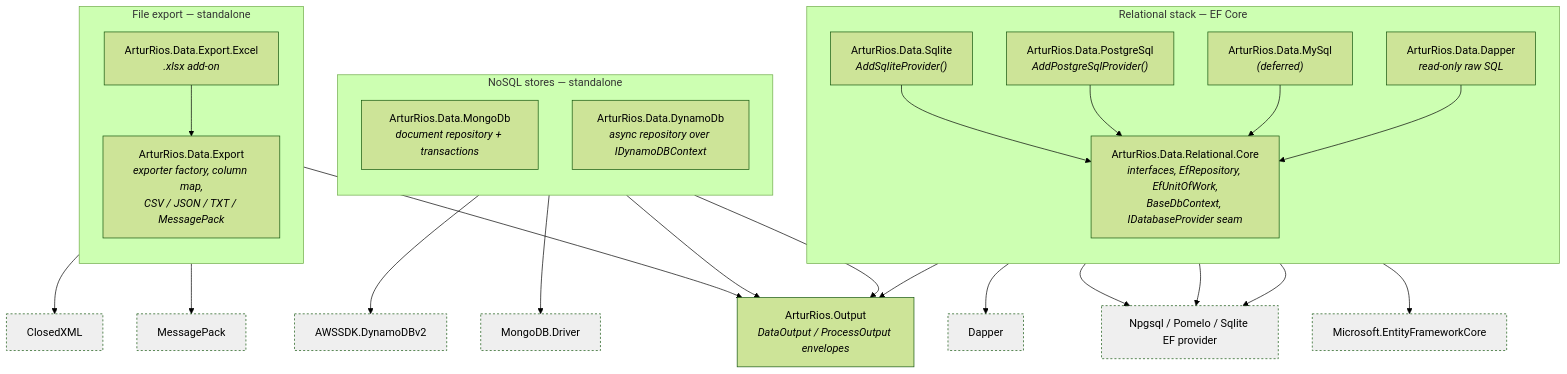
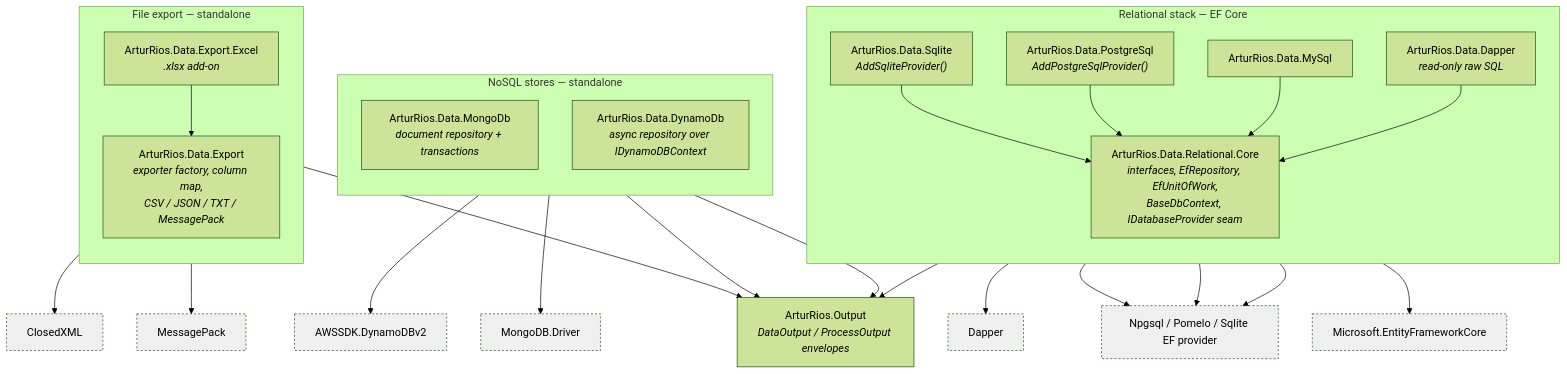
Before and after one commit to artur-rios/dotnet-data: the first of 7 diagrams in docs/content/en/docs/architecture.md, drawn with Mermaid (forest theme). The commit also changed 15 other files, not shown here.

````diff
--- a/docs/content/en/docs/architecture.md
+++ b/docs/content/en/docs/architecture.md
@@ -13,54 +13,54 @@
 ```mermaid
 flowchart TB
     Output["ArturRios.Output<br/><i>DataOutput / ProcessOutput envelopes</i>"]
 
     subgraph Relational["Relational stack — EF Core"]
         direction TB
         Core["ArturRios.Data.Relational.Core<br/><i>interfaces, EfRepository, EfUnitOfWork,<br/>BaseDbContext, IDatabaseProvider seam</i>"]
         Sqlite["ArturRios.Data.Sqlite<br/><i>AddSqliteProvider()</i>"]
         Postgres["ArturRios.Data.PostgreSql<br/><i>AddPostgreSqlProvider()</i>"]
-        MySql["ArturRios.Data.MySql<br/><i>(deferred)</i>"]
+        MySql["ArturRios.Data.MySql"]
         Dapper["ArturRios.Data.Dapper<br/><i>read-only raw SQL</i>"]
     end
 
     subgraph NoSQL["NoSQL stores — standalone"]
         direction TB
         Mongo["ArturRios.Data.MongoDb<br/><i>document repository + transactions</i>"]
         Dynamo["ArturRios.Data.DynamoDb<br/><i>async repository over IDynamoDBContext</i>"]
     end
 
     subgraph Export["File export — standalone"]
         direction TB
         ExportCore["ArturRios.Data.Export<br/><i>exporter factory, column map,<br/>CSV / JSON / TXT / MessagePack</i>"]
         ExportExcel["ArturRios.Data.Export.Excel<br/><i>.xlsx add-on</i>"]
     end
 
     Sqlite --> Core
     Postgres --> Core
     MySql --> Core
     Dapper --> Core
     Core --> Output
     Mongo --> Output
     Dynamo --> Output
     ExportExcel --> ExportCore
     ExportCore --> Output
 
     EF["Microsoft.EntityFrameworkCore"]:::ext
     EfProviders["Npgsql / Pomelo / Sqlite EF provider"]:::ext
     DapperLib["Dapper"]:::ext
     MongoLib["MongoDB.Driver"]:::ext
     Aws["AWSSDK.DynamoDBv2"]:::ext
     MsgPack["MessagePack"]:::ext
     ClosedXml["ClosedXML"]:::ext
     Core --> EF
     Sqlite --> EfProviders
     Postgres --> EfProviders
     MySql --> EfProviders
     Dapper --> DapperLib
     Mongo --> MongoLib
     Dynamo --> Aws
     ExportCore --> MsgPack
     ExportExcel --> ClosedXml
 
     classDef ext fill:#8882,stroke-dasharray:3 3;
 ```
````
